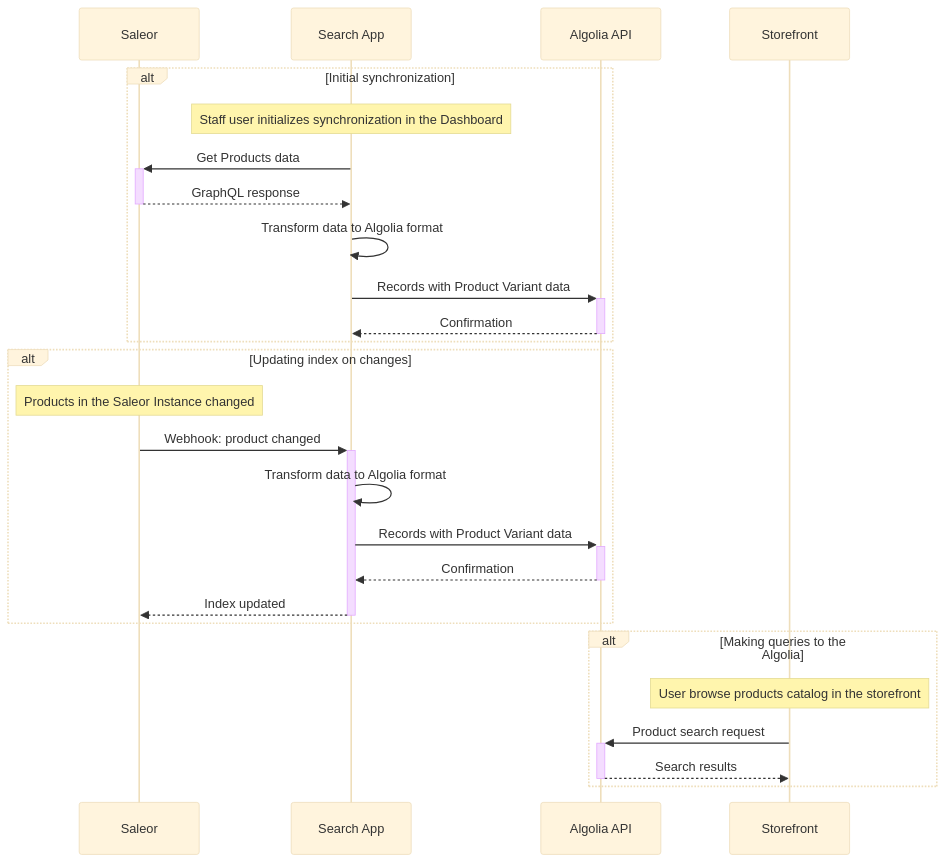
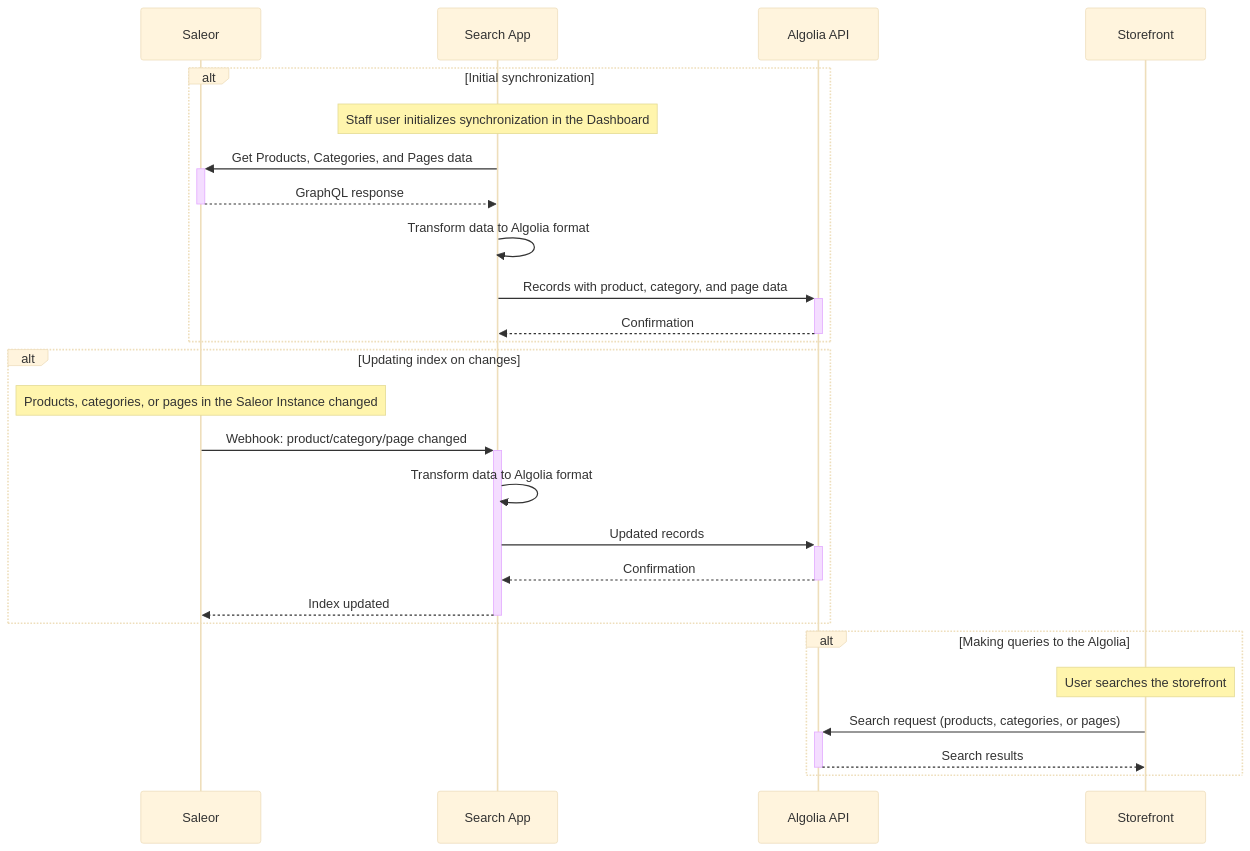
Before and after one commit to saleor/saleor-docs: the diagram in docs/developer/app-store/apps/search.mdx, drawn with Mermaid (base theme). The commit also changed other lines of this file, not shown here.

Commit message:
Extend the docs with pages and categories indexing (#1766)

````diff
--- a/docs/developer/app-store/apps/search.mdx
+++ b/docs/developer/app-store/apps/search.mdx
@@ -52,36 +62,36 @@
 ```mermaid
 sequenceDiagram
     participant Saleor
     participant Search App
     participant Algolia API
     participant Storefront
 
 
     alt Initial synchronization
         Note over Search App: Staff user initializes synchronization in the Dashboard
 
-        Search App->>+Saleor: Get Products data
+        Search App->>+Saleor: Get Products, Categories, and Pages data
         Saleor-->>-Search App: GraphQL response
         Search App->>Search App: Transform data to Algolia format
-        Search App->>+Algolia API: Records with Product Variant data
+        Search App->>+Algolia API: Records with product, category, and page data
         Algolia API-->>-Search App: Confirmation
     end
 
     alt Updating index on changes
-        Note over Saleor: Products in the Saleor Instance changed
+        Note over Saleor: Products, categories, or pages in the Saleor Instance changed
 
-        Saleor->>+Search App: Webhook: product changed
+        Saleor->>+Search App: Webhook: product/category/page changed
         Search App->>Search App: Transform data to Algolia format
-        Search App->>+Algolia API: Records with Product Variant data
+        Search App->>+Algolia API: Updated records
         Algolia API-->>-Search App: Confirmation
         Search App-->>-Saleor: Index updated
     end
 
     alt Making queries to the Algolia
-        Note over Storefront: User browse products catalog in the storefront
+        Note over Storefront: User searches the storefront
 
-        Storefront->>+Algolia API: Product search request
+        Storefront->>+Algolia API: Search request (products, categories, or pages)
         Algolia API-->>-Storefront: Search results
     end
 
 ```
````
